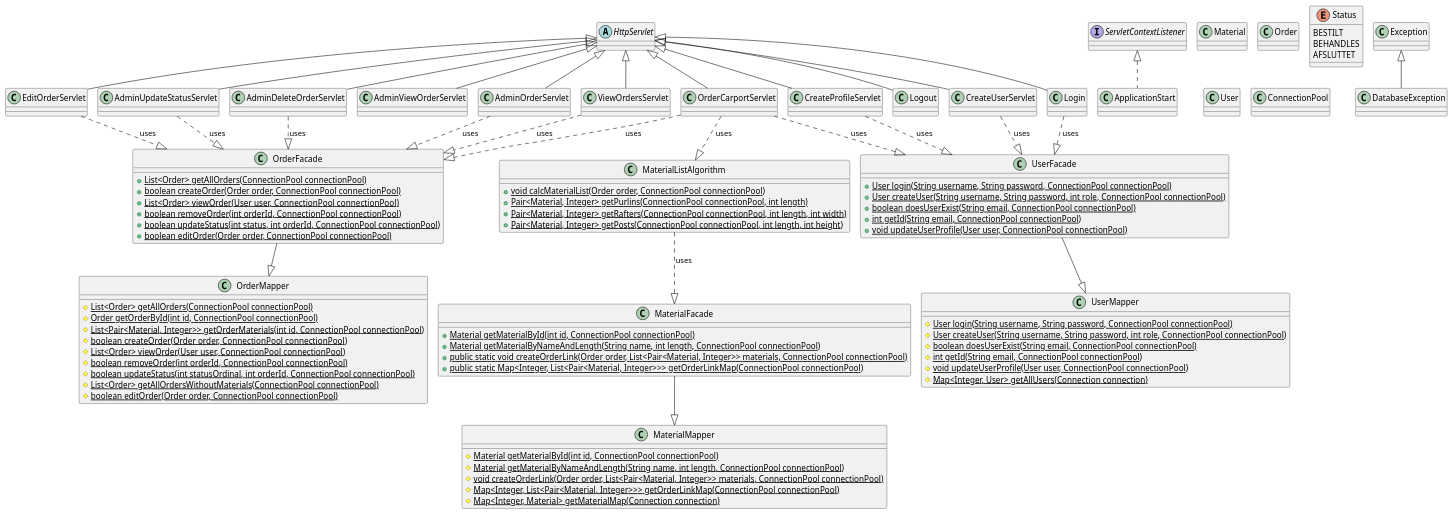
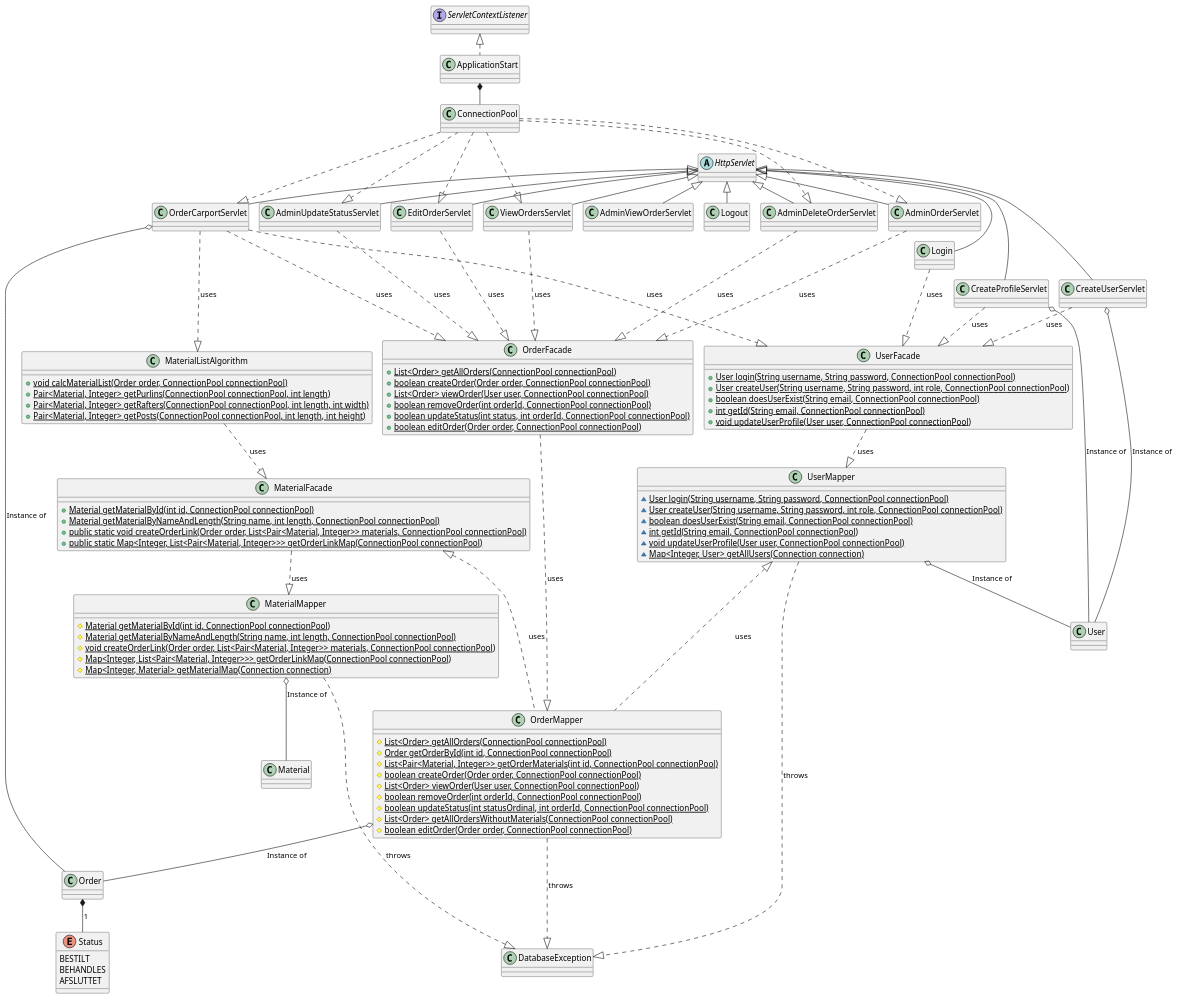
Before and after one commit to TobiasTheDanish/SemesterOpgave: the diagram in documentation/Klassediagram.puml, drawn with PlantUML. The commit also changed 2 other files, not shown here.

```diff
--- a/documentation/Klassediagram.puml
+++ b/documentation/Klassediagram.puml
@@ -1,116 +1,138 @@
 @startuml
 !pragma layout smetana
 'https://plantuml.com/class-diagram
 abstract class HttpServlet
 
 class AdminDeleteOrderServlet extends HttpServlet
 class AdminOrderServlet extends HttpServlet
 class AdminUpdateStatusServlet extends HttpServlet
 class AdminViewOrderServlet extends HttpServlet
 class CreateProfileServlet extends HttpServlet
 class CreateUserServlet extends HttpServlet
 class EditOrderServlet extends HttpServlet
 class Login extends HttpServlet
 class Logout extends HttpServlet
 class OrderCarportServlet extends HttpServlet
 class ViewOrdersServlet extends HttpServlet
 
 interface ServletContextListener
 class ApplicationStart implements ServletContextListener
 
 class Material
 class Order
 enum Status {
     BESTILT
     BEHANDLES
     AFSLUTTET
 }
 class User
 
-class Exception
-class DatabaseException extends Exception
+
+class DatabaseException
 
 class ConnectionPool
 class MaterialFacade {
 + {static} Material getMaterialById(int id, ConnectionPool connectionPool)
 + {static} Material getMaterialByNameAndLength(String name, int length, ConnectionPool connectionPool)
 + {static} public static void createOrderLink(Order order, List<Pair<Material, Integer>> materials, ConnectionPool connectionPool)
 + {static} public static Map<Integer, List<Pair<Material, Integer>>> getOrderLinkMap(ConnectionPool connectionPool)
 }
 
 class OrderFacade {
 + {static} List<Order> getAllOrders(ConnectionPool connectionPool)
 + {static} boolean createOrder(Order order, ConnectionPool connectionPool)
 + {static}List<Order> viewOrder(User user, ConnectionPool connectionPool)
 + {static} boolean removeOrder(int orderId, ConnectionPool connectionPool)
 + {static} boolean updateStatus(int status, int orderId, ConnectionPool connectionPool)
 + {static} boolean editOrder(Order order, ConnectionPool connectionPool)
 }
 
 class UserFacade {
 + {static} User login(String username, String password, ConnectionPool connectionPool)
 + {static} User createUser(String username, String password, int role, ConnectionPool connectionPool)
 + {static} boolean doesUserExist(String email, ConnectionPool connectionPool)
 + {static} int getId(String email, ConnectionPool connectionPool)
 + {static} void updateUserProfile(User user, ConnectionPool connectionPool)
 
 
 }
 class MaterialMapper{
 # {static} Material getMaterialById(int id, ConnectionPool connectionPool)
 # {static} Material getMaterialByNameAndLength(String name, int length, ConnectionPool connectionPool)
 # {static} void createOrderLink(Order order, List<Pair<Material, Integer>> materials, ConnectionPool connectionPool)
 # {static} Map<Integer, List<Pair<Material, Integer>>> getOrderLinkMap(ConnectionPool connectionPool)
 # {static} Map<Integer, Material> getMaterialMap(Connection connection)
 }
 
 class OrderMapper{
 # {static} List<Order> getAllOrders(ConnectionPool connectionPool)
 # {static} Order getOrderById(int id, ConnectionPool connectionPool)
 # {static} List<Pair<Material, Integer>> getOrderMaterials(int id, ConnectionPool connectionPool)
 # {static} boolean createOrder(Order order, ConnectionPool connectionPool)
 # {static} List<Order> viewOrder(User user, ConnectionPool connectionPool)
 # {static} boolean removeOrder(int orderId, ConnectionPool connectionPool)
 # {static} boolean updateStatus(int statusOrdinal, int orderId, ConnectionPool connectionPool)
 # {static} List<Order> getAllOrdersWithoutMaterials(ConnectionPool connectionPool)
 # {static} boolean editOrder(Order order, ConnectionPool connectionPool)
 }
 
 class UserMapper{
-# {static} User login(String username, String password, ConnectionPool connectionPool)
-# {static} User createUser(String username, String password, int role, ConnectionPool connectionPool)
-# {static} boolean doesUserExist(String email, ConnectionPool connectionPool)
-# {static} int getId(String email, ConnectionPool connectionPool)
-# {static} void updateUserProfile(User user, ConnectionPool connectionPool)
-# {static} Map<Integer, User> getAllUsers(Connection connection)
+~ {static} User login(String username, String password, ConnectionPool connectionPool)
+~ {static} User createUser(String username, String password, int role, ConnectionPool connectionPool)
+~ {static} boolean doesUserExist(String email, ConnectionPool connectionPool)
+~ {static} int getId(String email, ConnectionPool connectionPool)
+~ {static} void updateUserProfile(User user, ConnectionPool connectionPool)
+~ {static} Map<Integer, User> getAllUsers(Connection connection)
 }
 
 class MaterialListAlgorithm {
     + {static} void calcMaterialList(Order order, ConnectionPool connectionPool)
     + {static} Pair<Material, Integer> getPurlins(ConnectionPool connectionPool, int length)
     + {static} Pair<Material, Integer> getRafters(ConnectionPool connectionPool, int length, int width)
     + {static} Pair<Material, Integer> getPosts(ConnectionPool connectionPool, int length, int height)
 }
+ApplicationStart *-- ConnectionPool
 
-OrderFacade --|> OrderMapper
-UserFacade --|> UserMapper
-MaterialFacade --|> MaterialMapper
+OrderFacade ..|> OrderMapper : uses
+UserFacade ..|> UserMapper : uses
+MaterialFacade ..|> MaterialMapper : uses
 
-AdminDeleteOrderServlet ..|> OrderFacade : uses
+OrderMapper ...|> DatabaseException : throws
+UserMapper ..|> DatabaseException : throws
+MaterialMapper ..|> DatabaseException : throws
+
+AdminDeleteOrderServlet ...|> OrderFacade : uses
 AdminOrderServlet ..|> OrderFacade : uses
 AdminUpdateStatusServlet ..|> OrderFacade : uses
 OrderCarportServlet ..|> OrderFacade : uses
 EditOrderServlet ..|> OrderFacade : uses
 ViewOrdersServlet ..|> OrderFacade : uses
 
+ConnectionPool ...|> AdminDeleteOrderServlet
+ConnectionPool .|> AdminOrderServlet
+ConnectionPool .|> AdminUpdateStatusServlet
+ConnectionPool .|> OrderCarportServlet
+ConnectionPool .|> EditOrderServlet
+ConnectionPool ...|> ViewOrdersServlet
+
 CreateProfileServlet ..|> UserFacade : uses
 CreateUserServlet ..|> UserFacade : uses
 Login ..|> UserFacade : uses
-OrderCarportServlet ..|> UserFacade : uses
+OrderCarportServlet ...|> UserFacade : uses
+MaterialFacade <|... OrderMapper : uses
+UserMapper <|... OrderMapper :uses
+MaterialListAlgorithm ..|> MaterialFacade : uses
+OrderCarportServlet ...|> MaterialListAlgorithm : uses
 
-MaterialListAlgorithm ..|> MaterialFacade : uses
-OrderCarportServlet ..|> MaterialListAlgorithm : uses
+MaterialMapper o-- Material : Instance of
+OrderMapper o-- Order : Instance of
+OrderCarportServlet o-- Order : Instance of
+CreateProfileServlet o-- User : Instance of
+CreateUserServlet o-- User : Instance of
+UserMapper o-- User : Instance of
+Order *-- Status : 1
+
 
 
 
 @enduml
```
